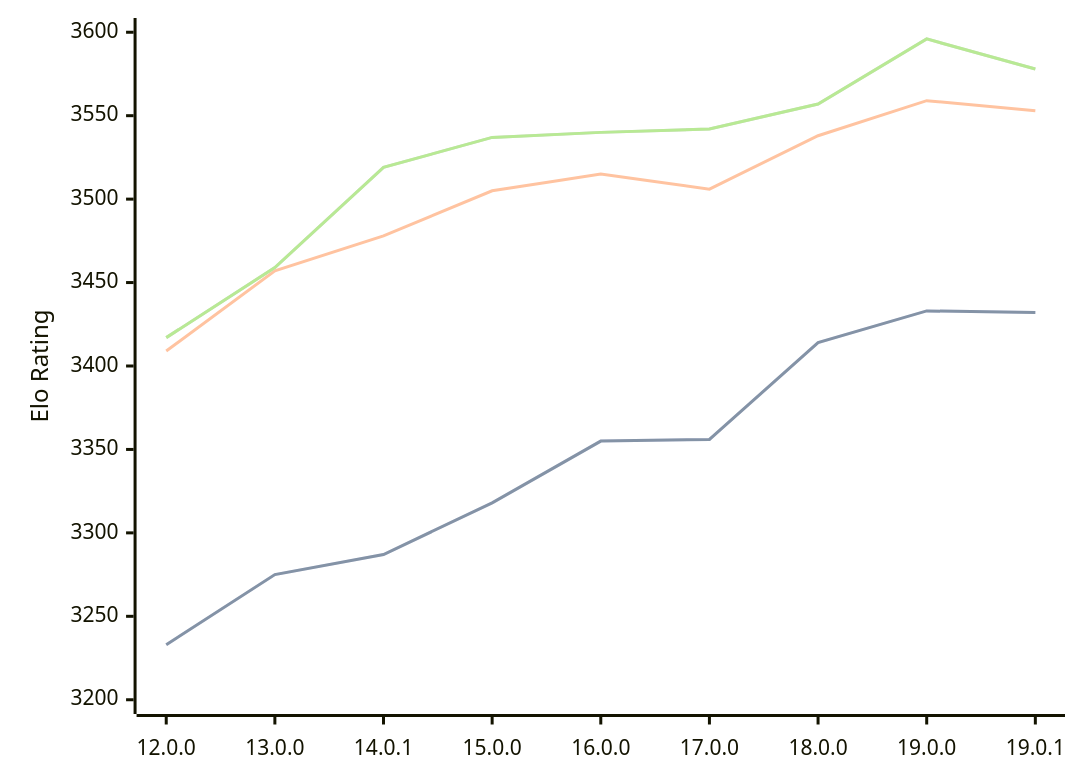
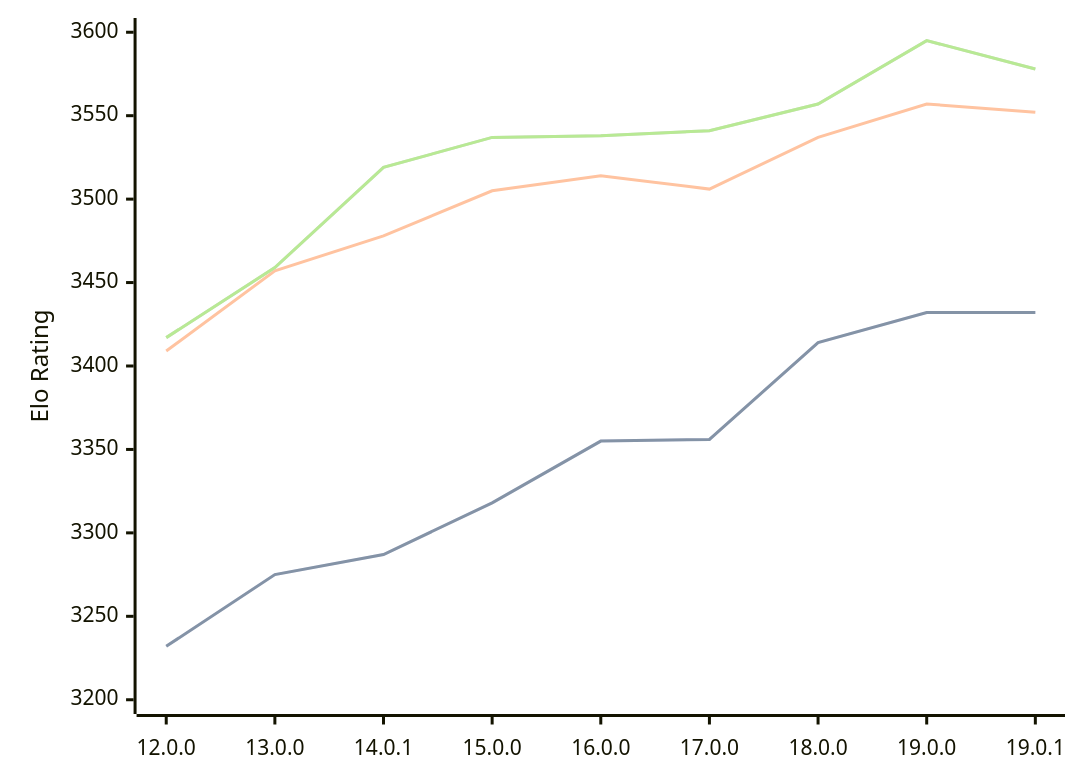
Before and after one commit to computer-chess-index/cci: the diagram in engines/Viridithas.md, drawn with Mermaid. The commit also changed other lines of this file, not shown here.

Commit message:
Update CCI Ratings (ELO VLTC) - 2026-03-30

````diff
--- a/engines/Viridithas.md
+++ b/engines/Viridithas.md
@@ -63,11 +63,11 @@
 ```mermaid
 %%{init: {"theme":"base","themeVariables":{"seriesColors:['#a3a3a3','#222221','#faa371']}}}%%
 xychart-beta
   x-axis ["12.0.0", "13.0.0", "14.0.1", "15.0.0", "16.0.0", "17.0.0", "18.0.0", "19.0.0", "19.0.1"]
   y-axis "Elo Rating" 3200 --> 3600
-  line "STC (8.0+0.08s)" [3233, 3275, 3287, 3318, 3355, 3356, 3414, 3433, 3432]
-  line "STC (8.0+0.08s)" [3233, 3275, 3287, 3318, 3355, 3356, 3414, 3433, 3432]
-  line "LTC (60.0+0.60s)" [3409, 3457, 3478, 3505, 3515, 3506, 3538, 3559, 3553]
-  line "VLTC (2m24s+1.12s)" [3417, 3459, 3519, 3537, 3540, 3542, 3557, 3596, 3578]
-  line "VLTC (2m24s+1.12s)" [3417, 3459, 3519, 3537, 3540, 3542, 3557, 3596, 3578]
+  line "STC (8.0+0.08s)" [3232, 3275, 3287, 3318, 3355, 3356, 3414, 3432, 3432]
+  line "STC (8.0+0.08s)" [3232, 3275, 3287, 3318, 3355, 3356, 3414, 3432, 3432]
+  line "LTC (60.0+0.60s)" [3409, 3457, 3478, 3505, 3514, 3506, 3537, 3557, 3552]
+  line "VLTC (2m24s+1.12s)" [3417, 3459, 3519, 3537, 3538, 3541, 3557, 3595, 3578]
+  line "VLTC (2m24s+1.12s)" [3417, 3459, 3519, 3537, 3538, 3541, 3557, 3595, 3578]
 ```
````
